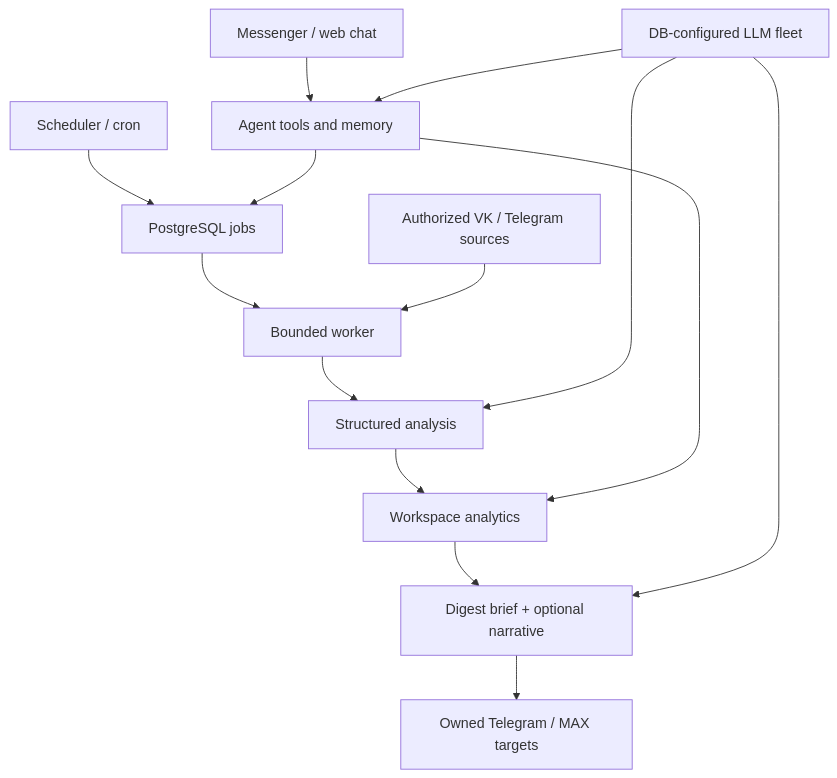
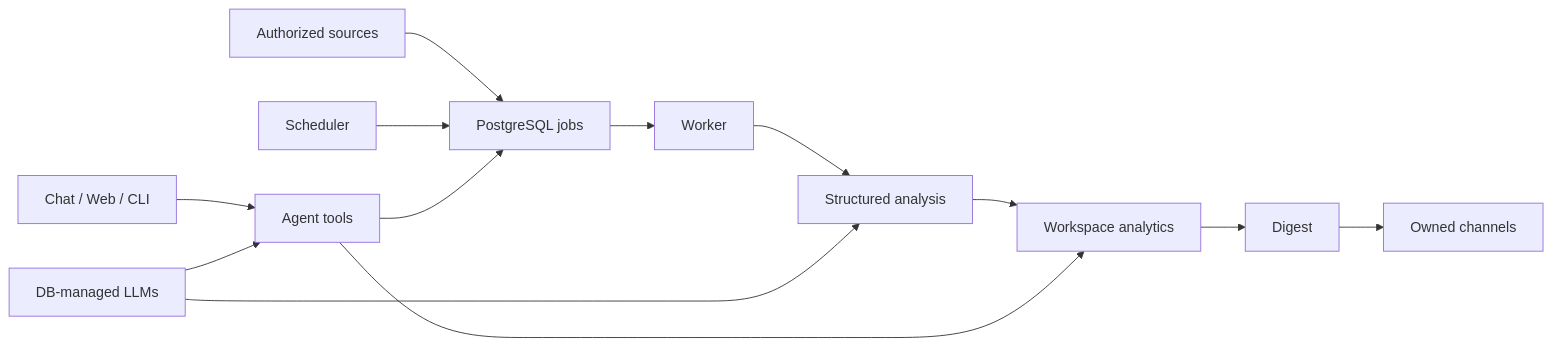
Before and after one commit to Starck43/social-media-ai: the diagram in README.md, drawn with Mermaid. The commit also changed other lines of this file and 92 other files, not shown here.

````diff
--- a/README.md
+++ b/README.md
@@ -48,16 +54,15 @@
 ```mermaid
-flowchart TB
-    Scheduler[Scheduler / cron] --> Jobs[PostgreSQL jobs]
-    Jobs --> Worker[Bounded worker]
-    Sources[Authorized VK / Telegram sources] --> Worker
+flowchart LR
+    Sources[Authorized sources] --> Jobs[PostgreSQL jobs]
+    Scheduler[Scheduler] --> Jobs
+    Jobs --> Worker[Worker]
     Worker --> Analysis[Structured analysis]
     Analysis --> Data[Workspace analytics]
-    Data --> Digest[Digest brief + optional narrative]
-    Digest --> Targets[Owned Telegram / MAX targets]
-    Chat[Messenger / web chat] --> Agent[Agent tools and memory]
+    Data --> Digest[Digest]
+    Digest --> Channels[Owned channels]
+    Chat[Chat / Web / CLI] --> Agent[Agent tools]
     Agent --> Jobs
     Agent --> Data
-    Models[DB-configured LLM fleet] --> Analysis
+    Models[DB-managed LLMs] --> Analysis
     Models --> Agent
-    Models --> Digest
 ```
````
